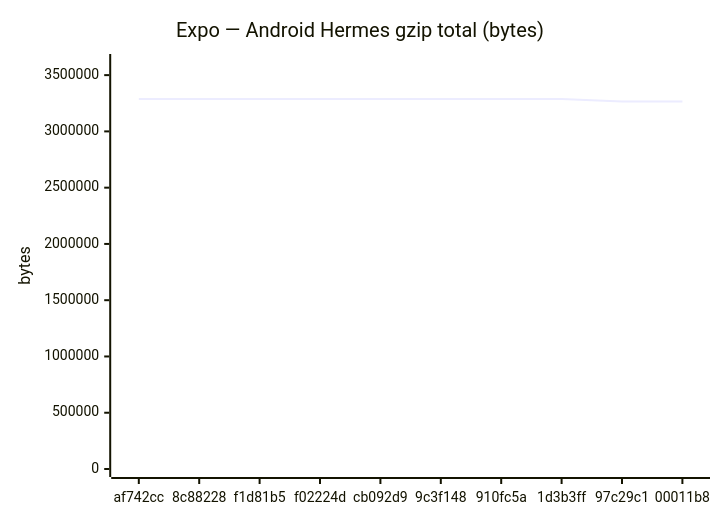
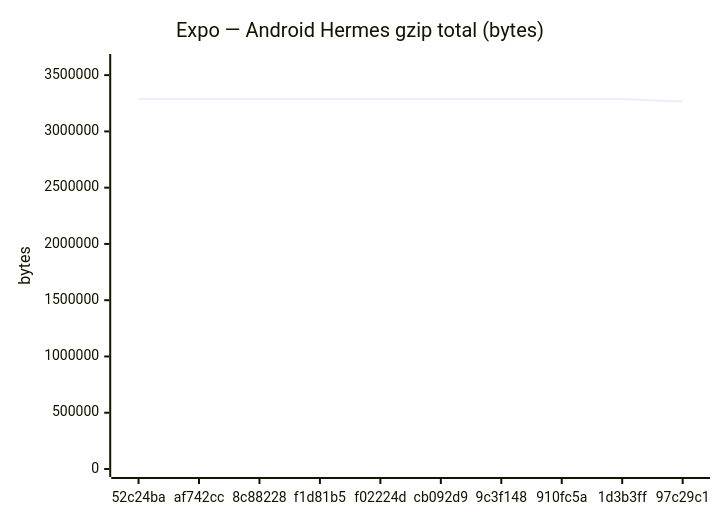
Before and after one commit to Metaheurist/Rianell: the fifth of 18 diagrams in benchmarks/compare.md, drawn with Mermaid. The commit also changed other lines of this file and 11 other files, not shown here.

````diff
--- a/benchmarks/compare.md
+++ b/benchmarks/compare.md
@@ -89,7 +89,7 @@
 ```mermaid
 xychart-beta
     title "Expo — Android Hermes gzip total (bytes)"
-    x-axis ["af742cc", "8c88228", "f1d81b5", "f02224d", "cb092d9", "9c3f148", "910fc5a", "1d3b3ff", "97c29c1", "00011b8"]
+    x-axis ["52c24ba", "af742cc", "8c88228", "f1d81b5", "f02224d", "cb092d9", "9c3f148", "910fc5a", "1d3b3ff", "97c29c1"]
     y-axis "bytes" 0 --> 3616656
-    line [3287424, 3287869, 3287424, 3287426, 3287424, 3287424, 3287869, 3287424, 3266092, 3266094]
+    line [3287423, 3287424, 3287869, 3287424, 3287426, 3287424, 3287424, 3287869, 3287424, 3266092]
 ```
````
